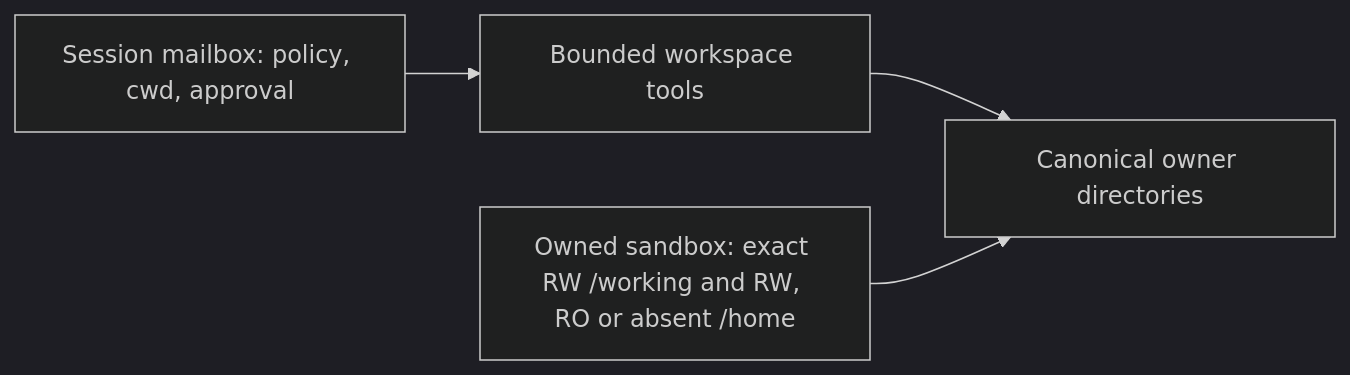
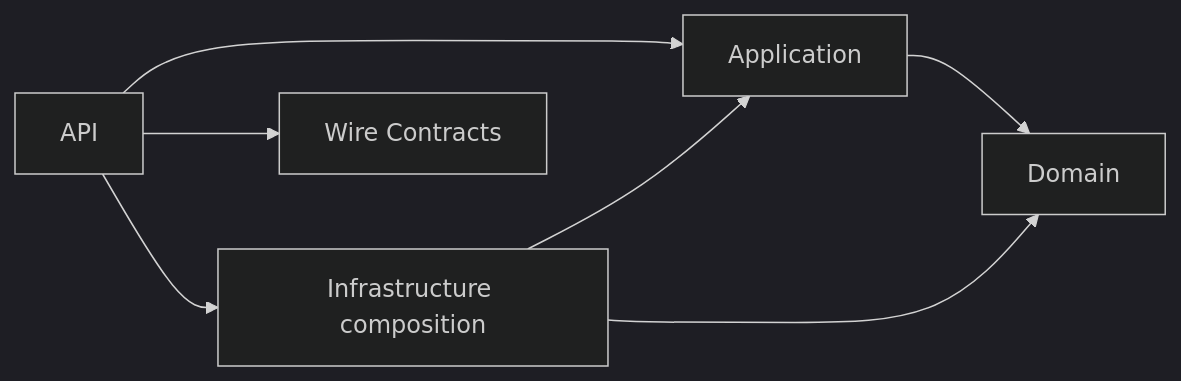
One commit to trannamtrung1st/agent-core changed the second of 2 diagrams in docs/03-system-architecture.md. Above: the diagram before and after it, drawn with Mermaid (dark theme). The commit also changed other lines of this file and 4 other files, not shown here.

Commit message:
Consolidate current architecture and documentation ownership

````diff
--- a/docs/03-system-architecture.md
+++ b/docs/03-system-architecture.md
@@ -685,6 +55,9 @@
 ```mermaid
 flowchart LR
-    Runtime[Session mailbox: policy, cwd, approval] --> Tools[Bounded workspace tools]
-    Tools --> FS[Canonical owner directories]
-    Sandbox[Owned sandbox: exact RW /working and RW, RO or absent /home] --> FS
+    Api[API] --> App[Application]
+    Api --> Infra[Infrastructure composition]
+    Api --> Contracts[Wire Contracts]
+    Infra --> App
+    App --> Domain[Domain]
+    Infra --> Domain
 ```
````
